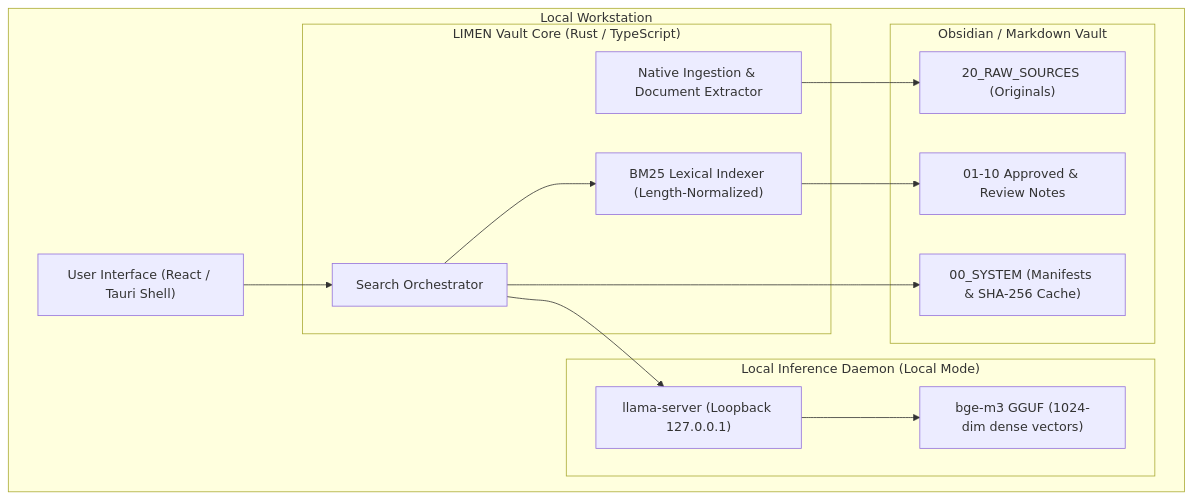
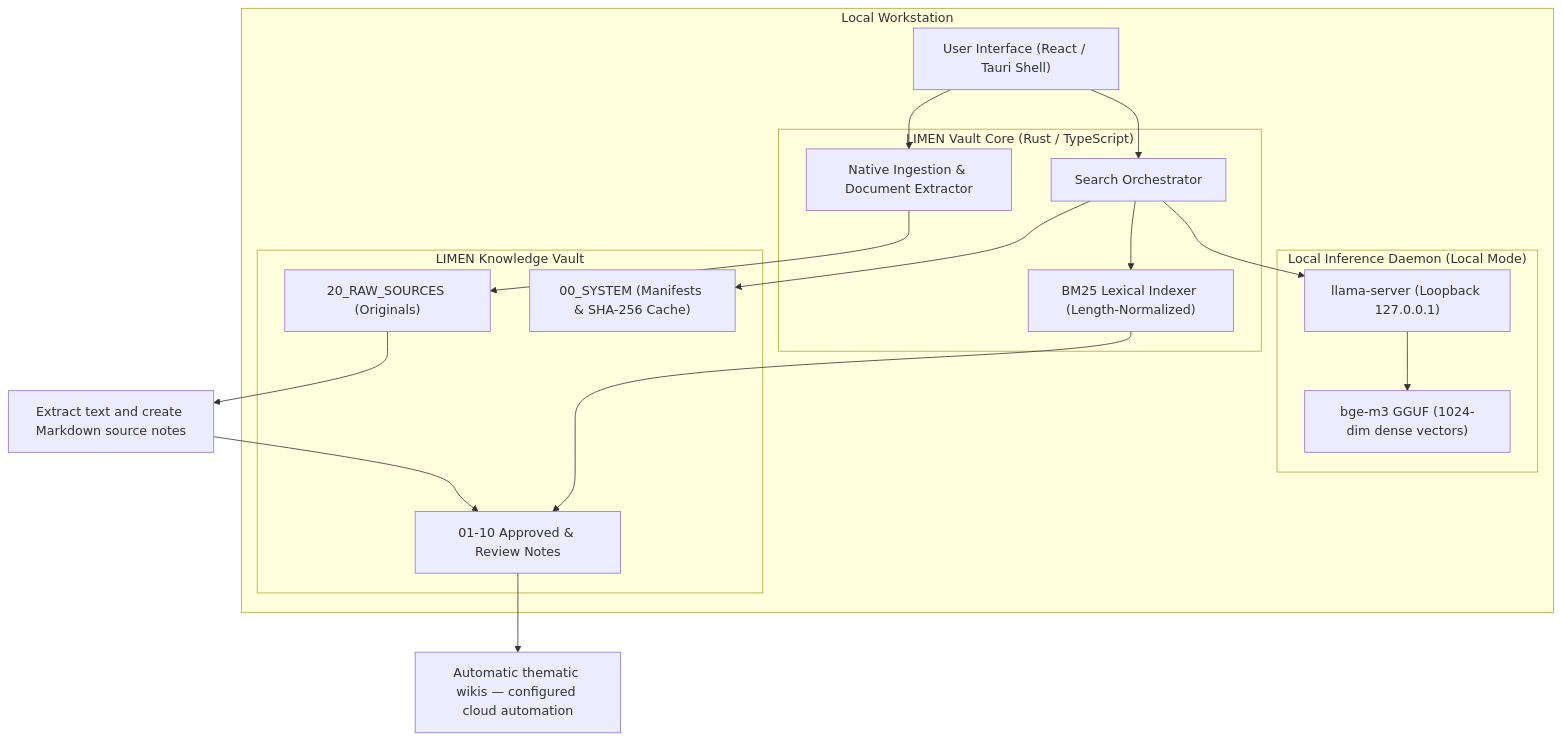
Before and after one commit to Arkai-Italia/Limen-vault: the diagram in README.md, drawn with Mermaid. The commit also changed other lines of this file, not shown here.

Commit message:
docs: expand positioning to document-to-knowledge pipeline, RAG wikis and supported formats

````diff
--- a/README.md
+++ b/README.md
@@ -67,31 +90,35 @@
 ```mermaid
 flowchart TD
     subgraph Host ["Local Workstation"]
         User["User Interface (React / Tauri Shell)"]
         
         subgraph Core ["LIMEN Vault Core (Rust / TypeScript)"]
             Engine["Search Orchestrator"]
             BM25["BM25 Lexical Indexer (Length-Normalized)"]
             Extractor["Native Ingestion & Document Extractor"]
         end
         
         subgraph LocalAI ["Local Inference Daemon (Local Mode)"]
             Server["llama-server (Loopback 127.0.0.1)"]
             Model["bge-m3 GGUF (1024-dim dense vectors)"]
         end
         
-        subgraph Vault ["Obsidian / Markdown Vault"]
+        subgraph Vault ["LIMEN Knowledge Vault"]
             Raw["20_RAW_SOURCES (Originals)"]
             Notes["01-10 Approved & Review Notes"]
             System["00_SYSTEM (Manifests & SHA-256 Cache)"]
         end
     end
 
     User --> Engine
     Engine --> BM25
     Engine --> Server
     Server --> Model
+    User --> Extractor
     Extractor --> Raw
+    Raw --> Convert["Extract text and create Markdown source notes"]
+    Convert --> Notes
+    Notes --> Wiki["Automatic thematic wikis — configured cloud automation"]
     BM25 --> Notes
     Engine --> System
 ```
````
